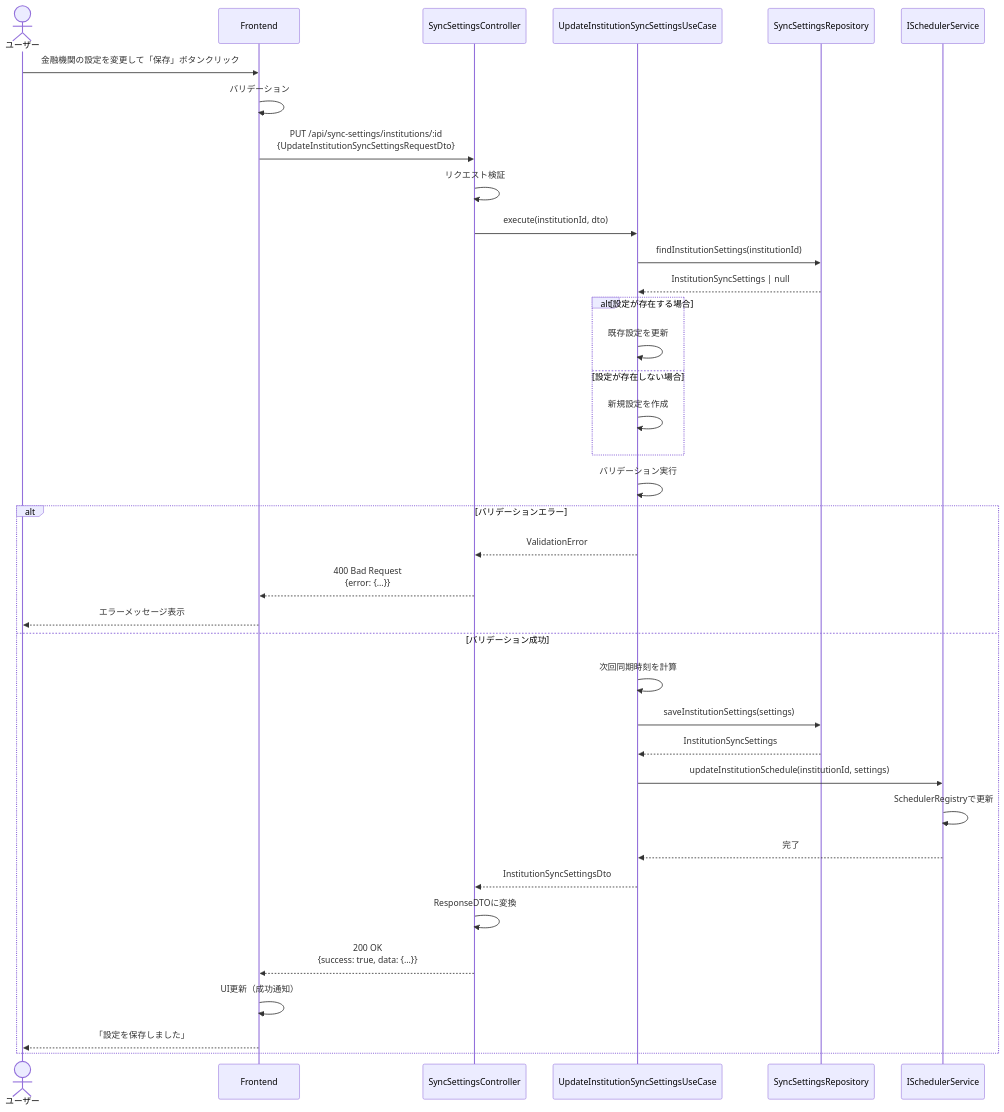
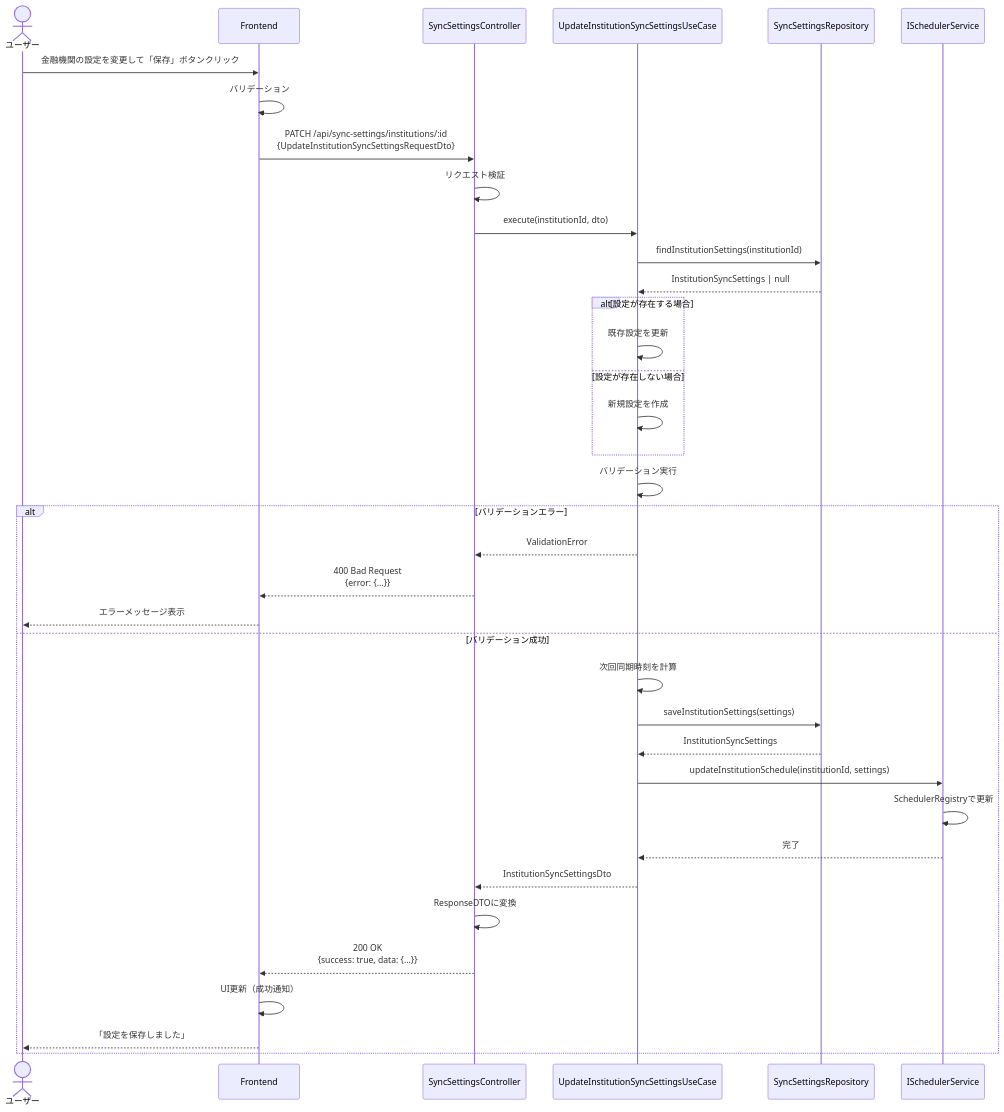
One commit to kencom2400/account-book changed the fourth of 7 diagrams in docs/detailed-design/FR-030_sync-settings/sequence-diagrams.md. Above: the diagram before and after it, drawn with Mermaid. The commit also changed other lines of this file and 5 other files, not shown here.

````diff
--- a/docs/detailed-design/FR-030_sync-settings/sequence-diagrams.md
+++ b/docs/detailed-design/FR-030_sync-settings/sequence-diagrams.md
@@ -268,46 +269,46 @@
 ```mermaid
 sequenceDiagram
     actor User as ユーザー
     participant FE as Frontend
     participant API as SyncSettingsController
     participant UC as UpdateInstitutionSyncSettingsUseCase
     participant Repo as SyncSettingsRepository
     participant Scheduler as ISchedulerService
 
     User->>FE: 金融機関の設定を変更して「保存」ボタンクリック
     FE->>FE: バリデーション
-    FE->>API: PUT /api/sync-settings/institutions/:id<br/>{UpdateInstitutionSyncSettingsRequestDto}
+    FE->>API: PATCH /api/sync-settings/institutions/:id<br/>{UpdateInstitutionSyncSettingsRequestDto}
 
     API->>API: リクエスト検証
     API->>UC: execute(institutionId, dto)
 
     UC->>Repo: findInstitutionSettings(institutionId)
     Repo-->>UC: InstitutionSyncSettings | null
 
     alt 設定が存在する場合
         UC->>UC: 既存設定を更新
     else 設定が存在しない場合
         UC->>UC: 新規設定を作成
     end
 
     UC->>UC: バリデーション実行
     alt バリデーションエラー
         UC-->>API: ValidationError
         API-->>FE: 400 Bad Request<br/>{error: {...}}
         FE-->>User: エラーメッセージ表示
     else バリデーション成功
         UC->>UC: 次回同期時刻を計算
         UC->>Repo: saveInstitutionSettings(settings)
         Repo-->>UC: InstitutionSyncSettings
 
         UC->>Scheduler: updateInstitutionSchedule(institutionId, settings)
         Scheduler->>Scheduler: SchedulerRegistryで更新
         Scheduler-->>UC: 完了
 
         UC-->>API: InstitutionSyncSettingsDto
         API->>API: ResponseDTOに変換
         API-->>FE: 200 OK<br/>{success: true, data: {...}}
         FE->>FE: UI更新（成功通知）
         FE-->>User: 「設定を保存しました」
     end
 ```
````
